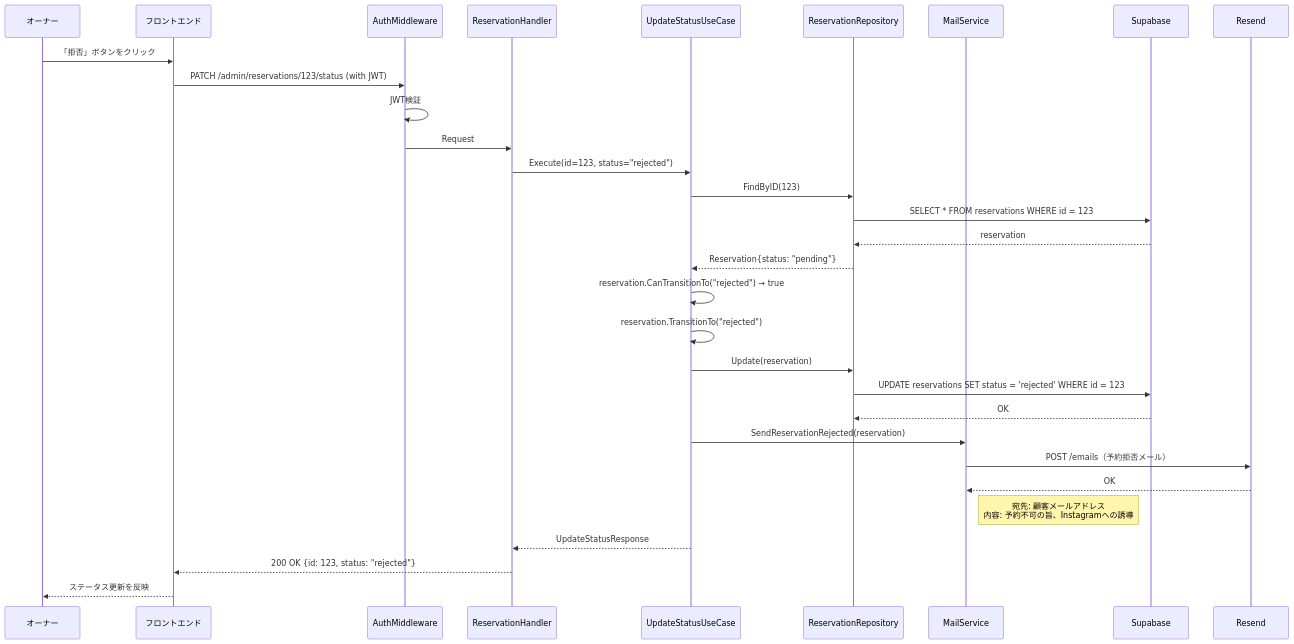
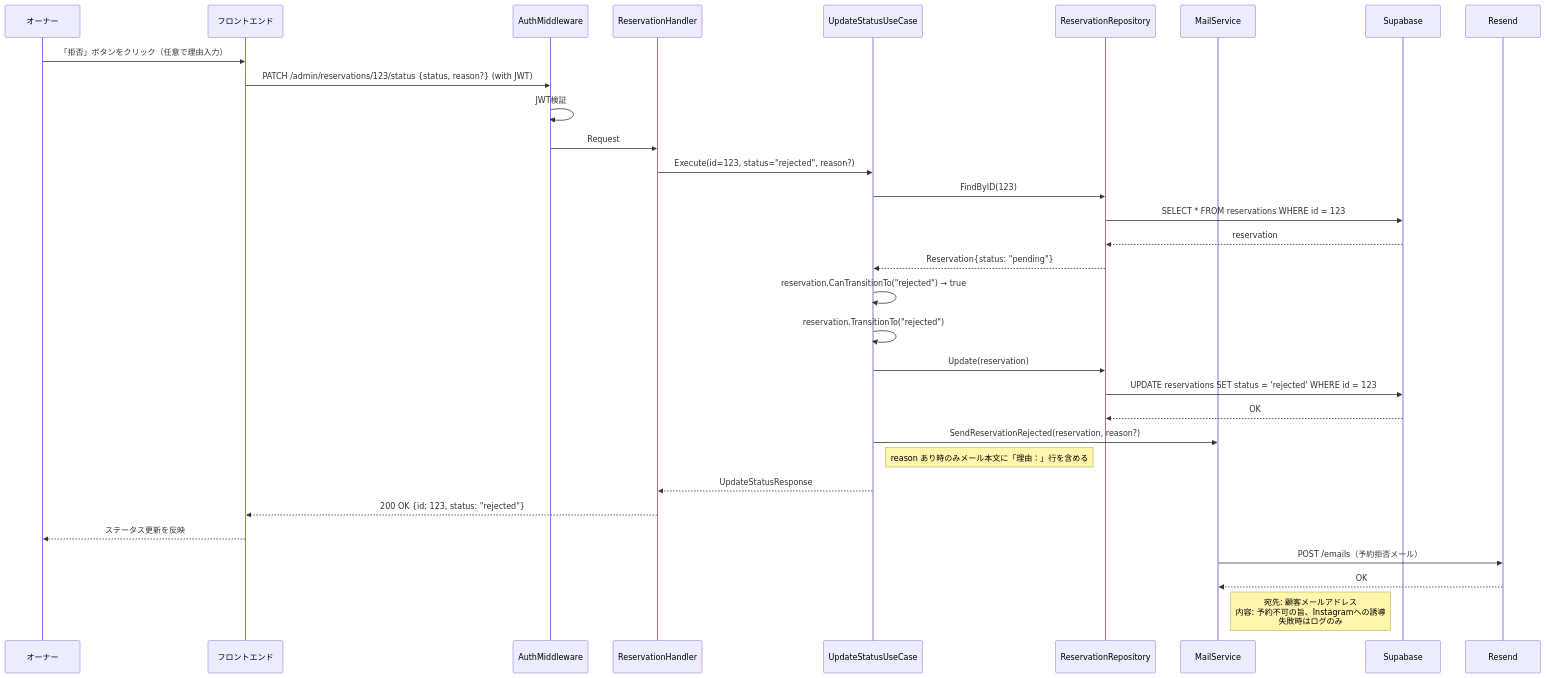
The ninth of 16 diagrams in docs/sequence.md (cergijame101007/satehits), drawn with Mermaid before and after one commit. The commit also changed other lines of this file and 46 other files, not shown here.

````diff
--- a/docs/sequence.md
+++ b/docs/sequence.md
@@ -324,41 +326,42 @@
 ```mermaid
 sequenceDiagram
     participant Owner as オーナー
     participant Frontend as フロントエンド
     participant Middleware as AuthMiddleware
     participant Handler as ReservationHandler
     participant UseCase as UpdateStatusUseCase
     participant ReservationRepo as ReservationRepository
     participant MailService as MailService
     participant DB as Supabase
     participant Resend as Resend
 
-    Owner->>Frontend: 「拒否」ボタンをクリック
-    Frontend->>Middleware: PATCH /admin/reservations/123/status (with JWT)
+    Owner->>Frontend: 「拒否」ボタンをクリック（任意で理由入力）
+    Frontend->>Middleware: PATCH /admin/reservations/123/status {status, reason?} (with JWT)
     
     Middleware->>Middleware: JWT検証
     Middleware->>Handler: Request
     
-    Handler->>UseCase: Execute(id=123, status="rejected")
+    Handler->>UseCase: Execute(id=123, status="rejected", reason?)
     
     UseCase->>ReservationRepo: FindByID(123)
     ReservationRepo->>DB: SELECT * FROM reservations WHERE id = 123
     DB-->>ReservationRepo: reservation
     ReservationRepo-->>UseCase: Reservation{status: "pending"}
     
     UseCase->>UseCase: reservation.CanTransitionTo("rejected") → true
     UseCase->>UseCase: reservation.TransitionTo("rejected")
     
     UseCase->>ReservationRepo: Update(reservation)
     ReservationRepo->>DB: UPDATE reservations SET status = 'rejected' WHERE id = 123
     DB-->>ReservationRepo: OK
     
-    UseCase->>MailService: SendReservationRejected(reservation)
-    MailService->>Resend: POST /emails（予約拒否メール）
-    Resend-->>MailService: OK
-    Note right of MailService: 宛先: 顧客メールアドレス<br>内容: 予約不可の旨、Instagramへの誘導
-    
+    UseCase->>MailService: SendReservationRejected(reservation, reason?)
+    Note right of UseCase: reason あり時のみメール本文に「理由：」行を含める
     UseCase-->>Handler: UpdateStatusResponse
     Handler-->>Frontend: 200 OK {id: 123, status: "rejected"}
     Frontend-->>Owner: ステータス更新を反映
+
+    MailService->>Resend: POST /emails（予約拒否メール）
+    Resend-->>MailService: OK
+    Note right of MailService: 宛先: 顧客メールアドレス<br>内容: 予約不可の旨、Instagramへの誘導<br>失敗時はログのみ
 ```
````
